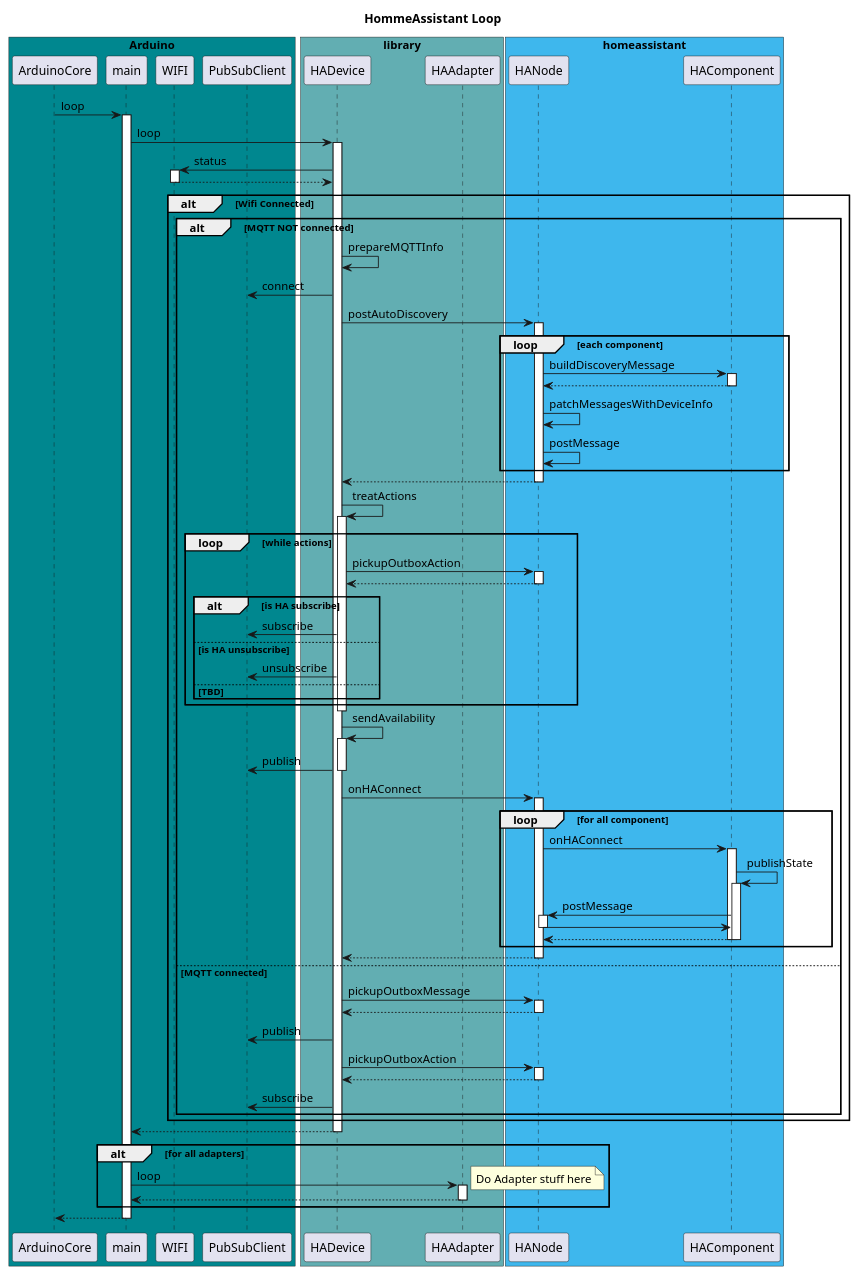
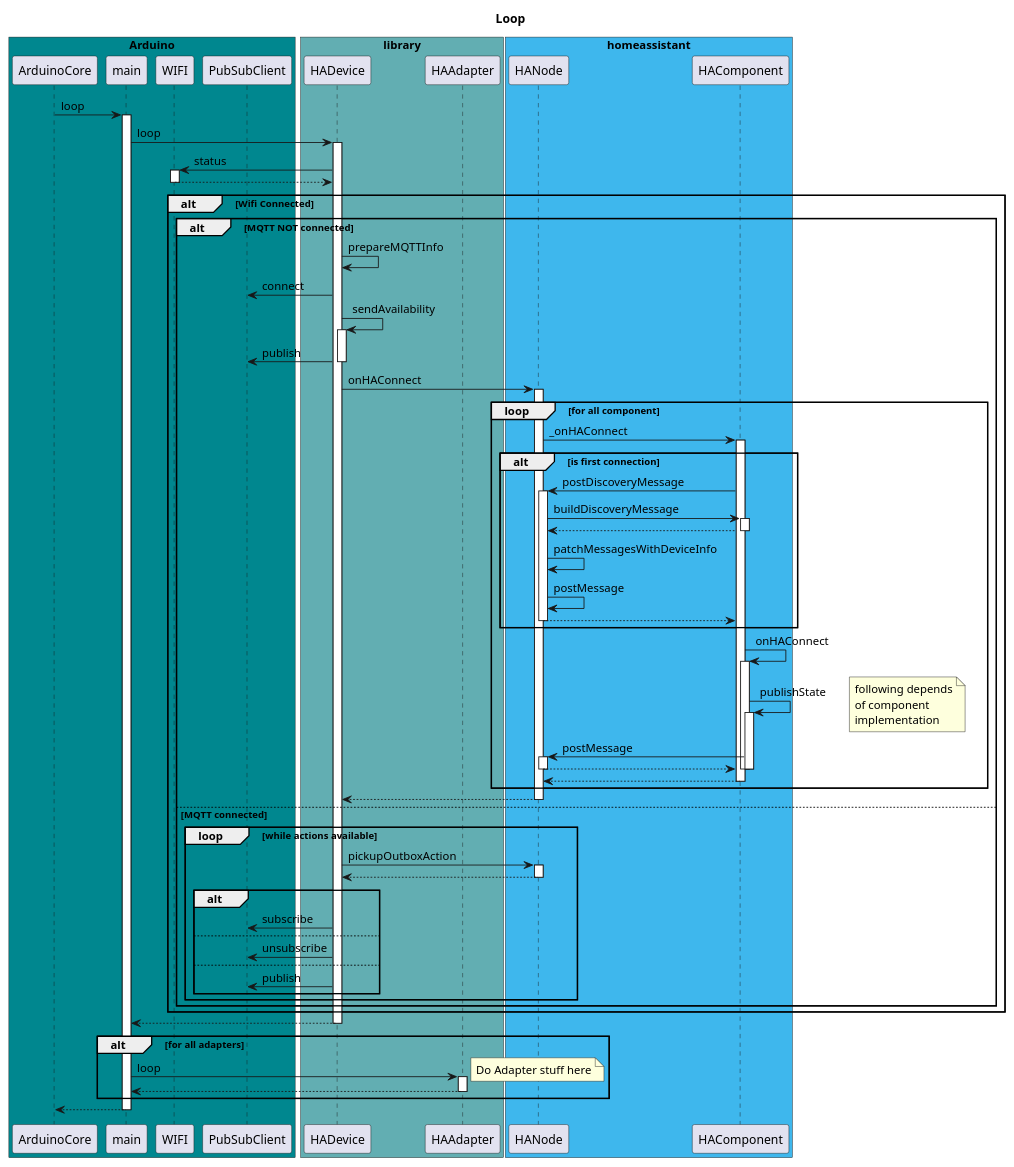
Before and after one commit to SBKila/homeassistantlibrary: the diagram in doc/src/SD_loop_plantUML.puml, drawn with PlantUML. The commit also changed 20 other files, not shown here.

```diff
--- a/doc/src/SD_loop_plantUML.puml
+++ b/doc/src/SD_loop_plantUML.puml
@@ -1,122 +1,108 @@
 @startuml
-title HommeAssistant Loop
+title Loop
 
 box "Arduino" #00878F
 participant ArduinoCore
 participant main
 participant WIFI
 participant PubSubClient
 end box
 
 box "library" #62AEB2
 participant HADevice
 participant HAAdapter
 end box
 
 box "homeassistant" #3eb7ed
 participant HANode
 participant HAComponent
 end box
 
 ArduinoCore->main : loop
 activate main
 
 main->HADevice : loop
 activate HADevice
 HADevice->WIFI : status
 activate WIFI
 return
 
 alt Wifi Connected
 
   alt MQTT NOT connected
 
     HADevice->HADevice:prepareMQTTInfo
     HADevice->PubSubClient:connect
 
-    HADevice->HANode:postAutoDiscovery
-    activate HANode
-    loop each component
-      HANode->HAComponent:buildDiscoveryMessage
-      activate HAComponent
-      return
-      HANode->HANode:patchMessagesWithDeviceInfo
-      HANode->HANode:postMessage
-    end
-    HADevice<--HANode:
-    deactivate HANode
-
-    HADevice->HADevice:treatActions
-    activate HADevice
-    loop while actions
-      HADevice->HANode:pickupOutboxAction
-      activate HANode
-      HADevice<--HANode:
-      deactivate HANode
-      alt is HA subscribe
-        HADevice->PubSubClient:subscribe
-      else is HA unsubscribe
-        HADevice->PubSubClient:unsubscribe
-      else TBD
-      end
-
-    end
-    deactivate HADevice
-
-
     HADevice->HADevice:sendAvailability
     activate HADevice
     HADevice->PubSubClient:publish
     deactivate HADevice
 
     HADevice->HANode:onHAConnect
     activate HANode
     loop for all component
-      HANode->HAComponent:onHAConnect
+      HANode->HAComponent:_onHAConnect
       activate HAComponent
+      alt is first connection
+        HAComponent->HANode:postDiscoveryMessage
+        activate HANode
+        HANode->HAComponent:buildDiscoveryMessage
+        activate HAComponent
+        return
+        HANode->HANode:patchMessagesWithDeviceInfo
+        HANode->HANode:postMessage
+        return
+      end
+
+      HAComponent->HAComponent:onHAConnect
+      activate HAComponent
+      
       HAComponent->HAComponent:publishState
+      note right : following depends\nof component\nimplementation
       activate HAComponent
-      HAComponent->HANode:postMessage
-      activate HANode
-      HAComponent<-HANode:
-      deactivate HANode
+        HAComponent->HANode:postMessage
+        activate HANode
+         return
+      deactivate HAComponent
+      deactivate HAComponent
+      
       HANode<--HAComponent:
-      deactivate HAComponent
       deactivate HAComponent
     end
     HADevice<--HANode:
     deactivate HANode
 
   else MQTT connected
 
-    HADevice->HANode:pickupOutboxMessage
-    activate HANode
-    HADevice<--HANode:
-    deactivate HANode
-    HADevice->PubSubClient:publish
-
-
-
-    HADevice->HANode:pickupOutboxAction
-    activate HANode
-    HADevice<--HANode:
-    deactivate HANode
-    HADevice->PubSubClient:subscribe
+    loop while actions available
+      HADevice->HANode:pickupOutboxAction
+      activate HANode
+      HADevice<--HANode:
+      deactivate HANode
+      alt
+        HADevice->PubSubClient:subscribe
+      else
+        HADevice->PubSubClient:unsubscribe
+      else
+        HADevice->PubSubClient:publish
+      end
+    end
   end
 end
 
 main<--HADevice:
 deactivate HADevice
 
 alt for all adapters
   main->HAAdapter : loop
   activate HAAdapter
   note right : Do Adapter stuff here
   return
 end
 
 
 
 ArduinoCore<--main :
 deactivate main
 @enduml
```
